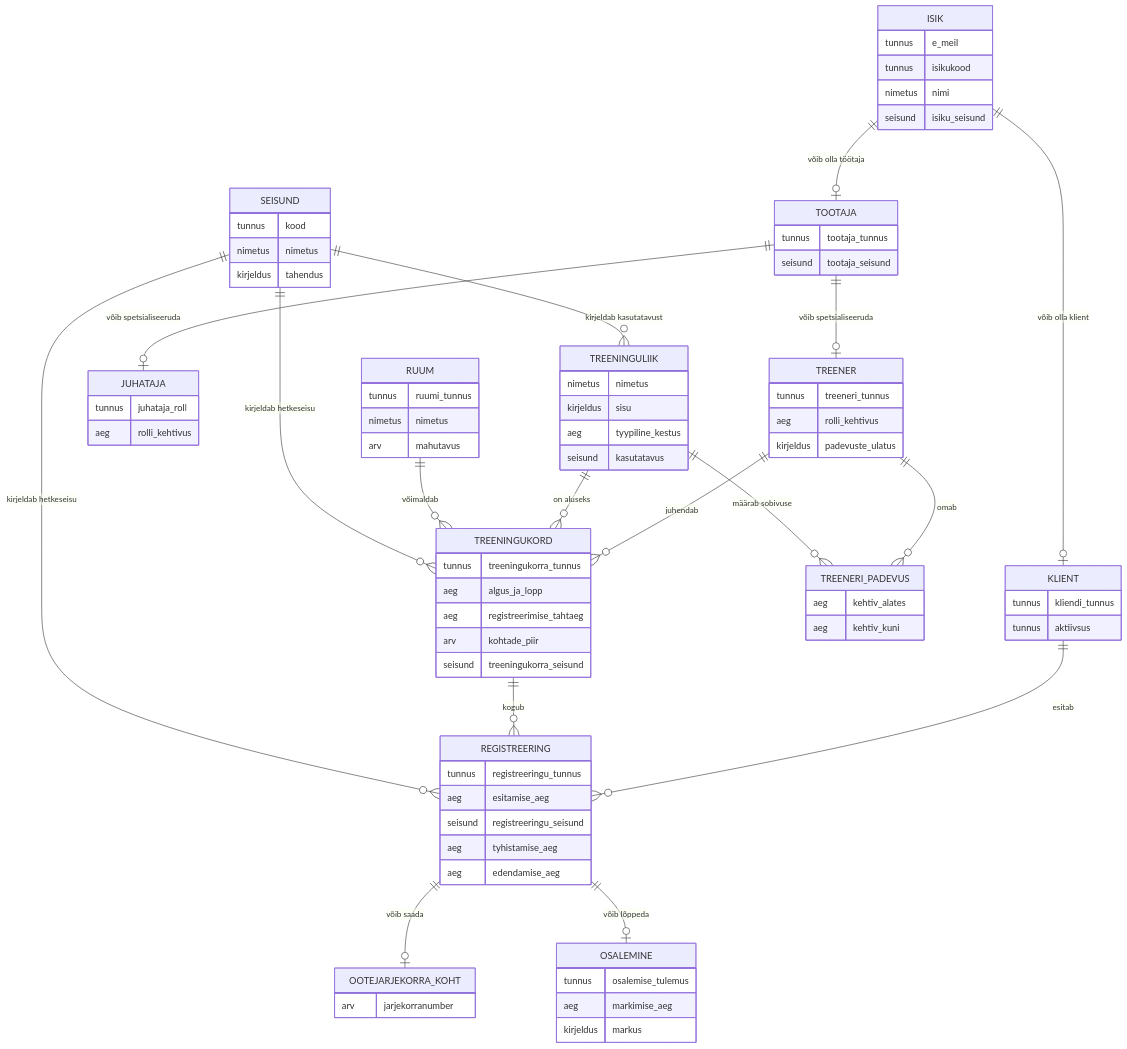
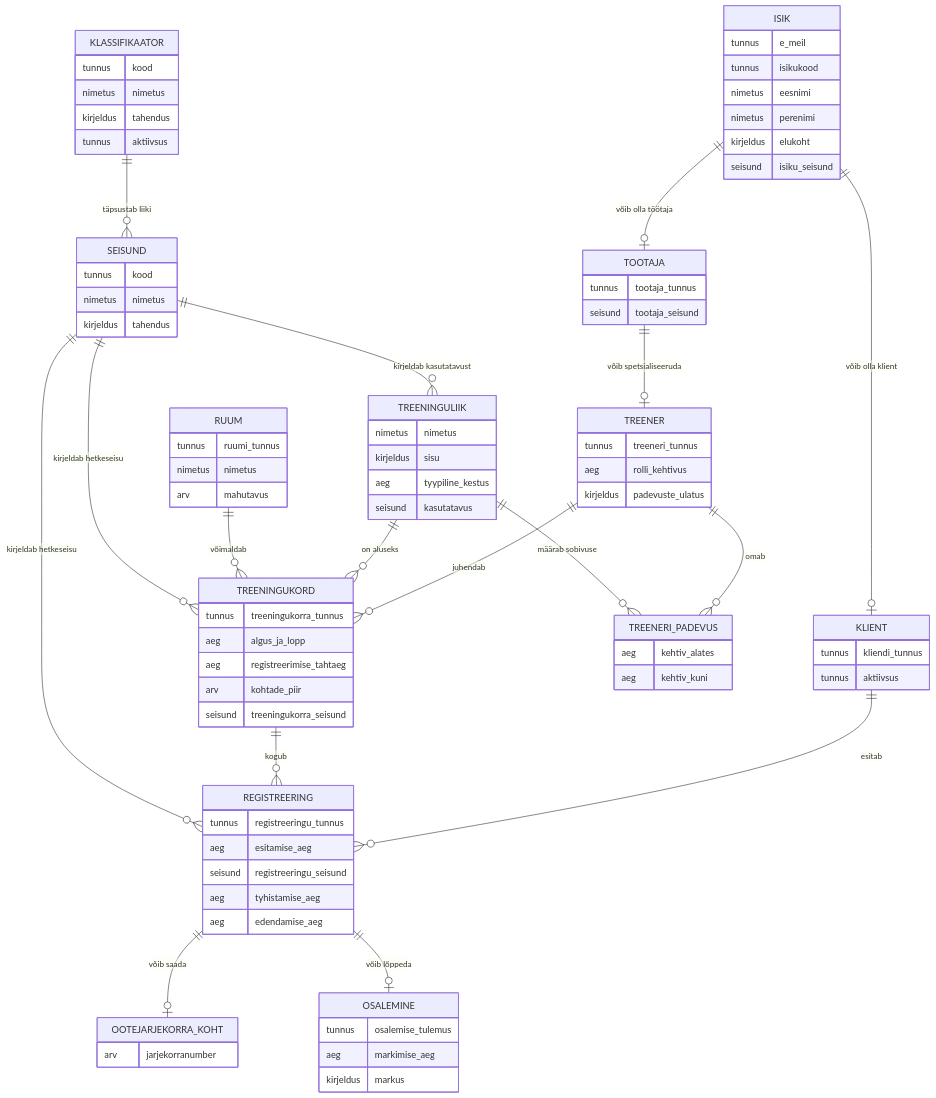
The diagram in diagrams/03_core_er.mmd (tamkivi/andmebaasid-projekt), drawn with Mermaid before and after one commit. The commit also changed 19 other files, not shown here.

```diff
--- a/diagrams/03_core_er.mmd
+++ b/diagrams/03_core_er.mmd
@@ -1,83 +1,87 @@
 erDiagram
     ISIK ||--o| TOOTAJA : "võib olla töötaja"
     ISIK ||--o| KLIENT : "võib olla klient"
     TOOTAJA ||--o| TREENER : "võib spetsialiseeruda"
-    TOOTAJA ||--o| JUHATAJA : "võib spetsialiseeruda"
     TREENER ||--o{ TREENINGUKORD : "juhendab"
     TREENER ||--o{ TREENERI_PADEVUS : "omab"
     TREENINGULIIK ||--o{ TREENERI_PADEVUS : "määrab sobivuse"
     KLIENT ||--o{ REGISTREERING : "esitab"
     TREENINGUKORD ||--o{ REGISTREERING : "kogub"
     REGISTREERING ||--o| OOTEJARJEKORRA_KOHT : "võib saada"
     REGISTREERING ||--o| OSALEMINE : "võib lõppeda"
     TREENINGULIIK ||--o{ TREENINGUKORD : "on aluseks"
     RUUM ||--o{ TREENINGUKORD : "võimaldab"
+    KLASSIFIKAATOR ||--o{ SEISUND : "täpsustab liiki"
     SEISUND ||--o{ REGISTREERING : "kirjeldab hetkeseisu"
     SEISUND ||--o{ TREENINGUKORD : "kirjeldab hetkeseisu"
     SEISUND ||--o{ TREENINGULIIK : "kirjeldab kasutatavust"
 
     ISIK {
         tunnus e_meil
         tunnus isikukood
-        nimetus nimi
+        nimetus eesnimi
+        nimetus perenimi
+        kirjeldus elukoht
         seisund isiku_seisund
     }
     TOOTAJA {
         tunnus tootaja_tunnus
         seisund tootaja_seisund
     }
     TREENER {
         tunnus treeneri_tunnus
         aeg rolli_kehtivus
         kirjeldus padevuste_ulatus
-    }
-    JUHATAJA {
-        tunnus juhataja_roll
-        aeg rolli_kehtivus
     }
     KLIENT {
         tunnus kliendi_tunnus
         tunnus aktiivsus
     }
     TREENINGUKORD {
         tunnus treeningukorra_tunnus
         aeg algus_ja_lopp
         aeg registreerimise_tahtaeg
         arv kohtade_piir
         seisund treeningukorra_seisund
     }
     REGISTREERING {
         tunnus registreeringu_tunnus
         aeg esitamise_aeg
         seisund registreeringu_seisund
         aeg tyhistamise_aeg
         aeg edendamise_aeg
     }
     OOTEJARJEKORRA_KOHT {
         arv jarjekorranumber
     }
     OSALEMINE {
         tunnus osalemise_tulemus
         aeg markimise_aeg
         kirjeldus markus
     }
     TREENINGULIIK {
         nimetus nimetus
         kirjeldus sisu
         aeg tyypiline_kestus
         seisund kasutatavus
     }
     TREENERI_PADEVUS {
         aeg kehtiv_alates
         aeg kehtiv_kuni
     }
     RUUM {
         tunnus ruumi_tunnus
         nimetus nimetus
         arv mahutavus
     }
     SEISUND {
         tunnus kood
         nimetus nimetus
         kirjeldus tahendus
     }
+    KLASSIFIKAATOR {
+        tunnus kood
+        nimetus nimetus
+        kirjeldus tahendus
+        tunnus aktiivsus
+    }
```
